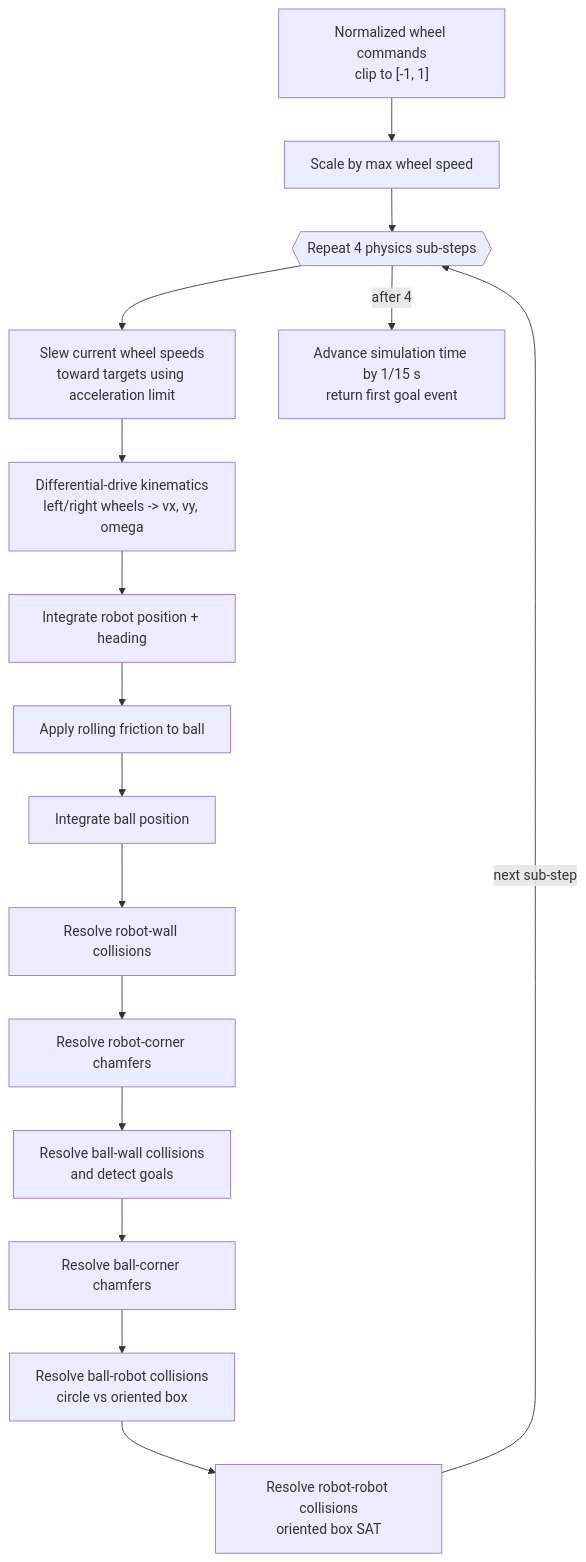
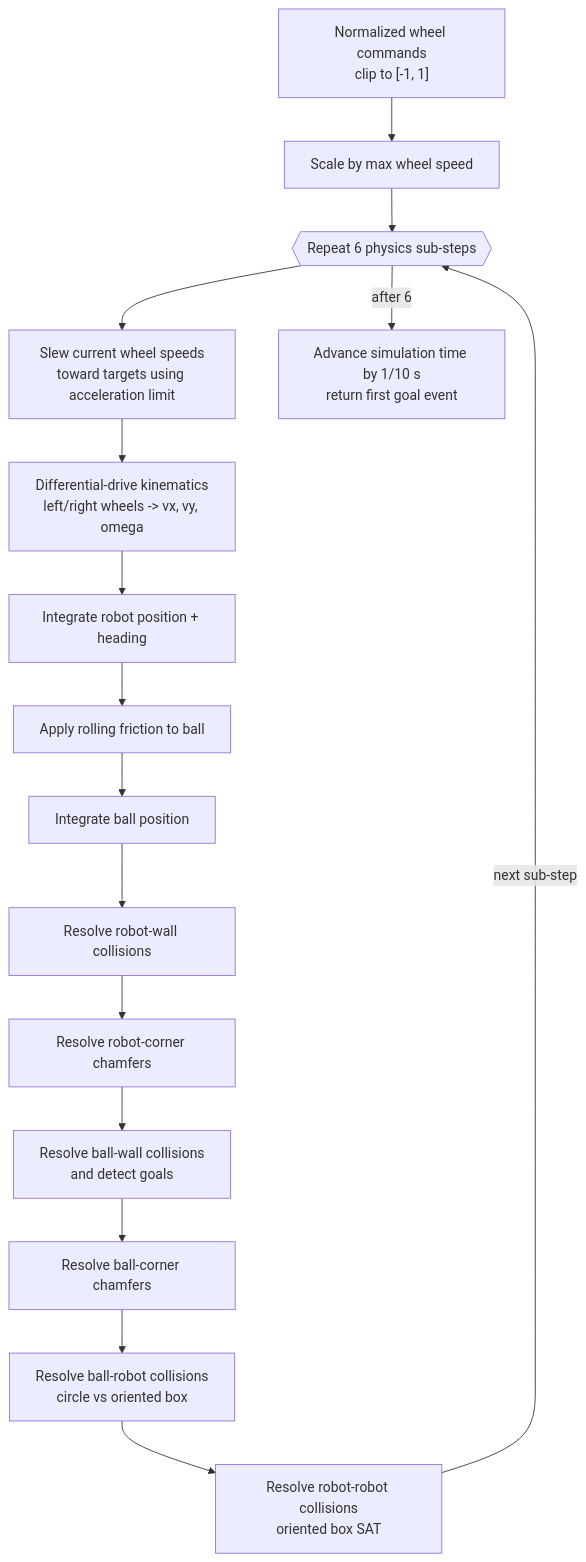
Before and after one commit to canhotuctor/vsss-sim: the sixth of 8 diagrams in STRUCTURE.md, drawn with Mermaid. The commit also changed other lines of this file and 30 other files, not shown here.

Commit message:
feat: harden foul calls, add referee modes, default to 10 Hz, render physics sub-steps

````diff
--- a/STRUCTURE.md
+++ b/STRUCTURE.md
@@ -219,24 +219,24 @@
 ```mermaid
 flowchart TD
     command["Normalized wheel commands<br/>clip to [-1, 1]"]
     target["Scale by max wheel speed"]
-    repeat{{"Repeat 4 physics sub-steps"}}
+    repeat{{"Repeat 6 physics sub-steps"}}
     slew["Slew current wheel speeds<br/>toward targets using acceleration limit"]
     drive["Differential-drive kinematics<br/>left/right wheels -> vx, vy, omega"]
     integrateRobots["Integrate robot position + heading"]
     friction["Apply rolling friction to ball"]
     integrateBall["Integrate ball position"]
     walls["Resolve robot-wall collisions"]
     robotChamfers["Resolve robot-corner chamfers"]
     ballwalls["Resolve ball-wall collisions<br/>and detect goals"]
     ballChamfers["Resolve ball-corner chamfers"]
     ballrobots["Resolve ball-robot collisions<br/>circle vs oriented box"]
     robotrobots["Resolve robot-robot collisions<br/>oriented box SAT"]
-    done["Advance simulation time by 1/15 s<br/>return first goal event"]
+    done["Advance simulation time by 1/10 s<br/>return first goal event"]
 
     command --> target --> repeat
     repeat --> slew --> drive --> integrateRobots --> friction --> integrateBall
     integrateBall --> walls --> robotChamfers --> ballwalls --> ballChamfers --> ballrobots --> robotrobots
     robotrobots -->|"next sub-step"| repeat
-    repeat -->|"after 4"| done
+    repeat -->|"after 6"| done
 ```
````
